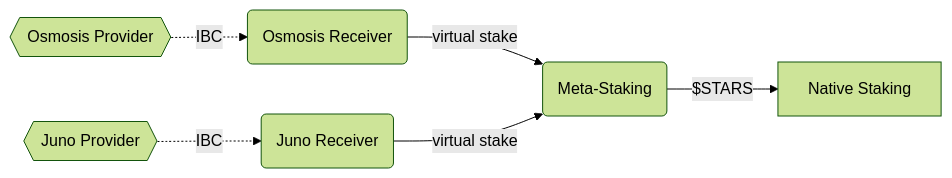
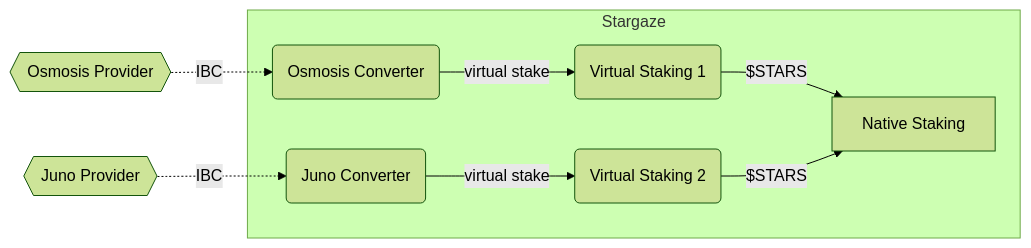
Before and after one commit to CosmWasm/mesh-security-hackathon: the diagram in docs/consumer/Consumer.md, drawn with Mermaid. The commit also changed 4 other files, not shown here.

Commit message:
Improve naming and diagrams, Receiver -> Converter

````diff
--- a/docs/consumer/Consumer.md
+++ b/docs/consumer/Consumer.md
@@ -10,9 +10,16 @@
 ```mermaid
 flowchart LR
   %%{init: {'theme': 'forest'}}%%
-  
-  A{{Osmosis Provider}} -. IBC .-> C(Osmosis Receiver);
-  B{{Juno Provider}} -. IBC .-> D(Juno Receiver);
-  C & D -- virtual stake --> E(Meta-Staking);
-  E -- $STARS --> F[Native Staking];
+
+  A{{Osmosis Provider}};
+  B{{Juno Provider}};
+
+  subgraph Stargaze
+  C(Osmosis Converter) -- virtual stake --> E(Virtual Staking 1);
+  D(Juno Converter) -- virtual stake --> F(Virtual Staking 2);
+  E & F -- $STARS --> G[Native Staking];
+  end
+
+  A -. IBC .-> C;
+  B -. IBC .-> D;
 ```
````
